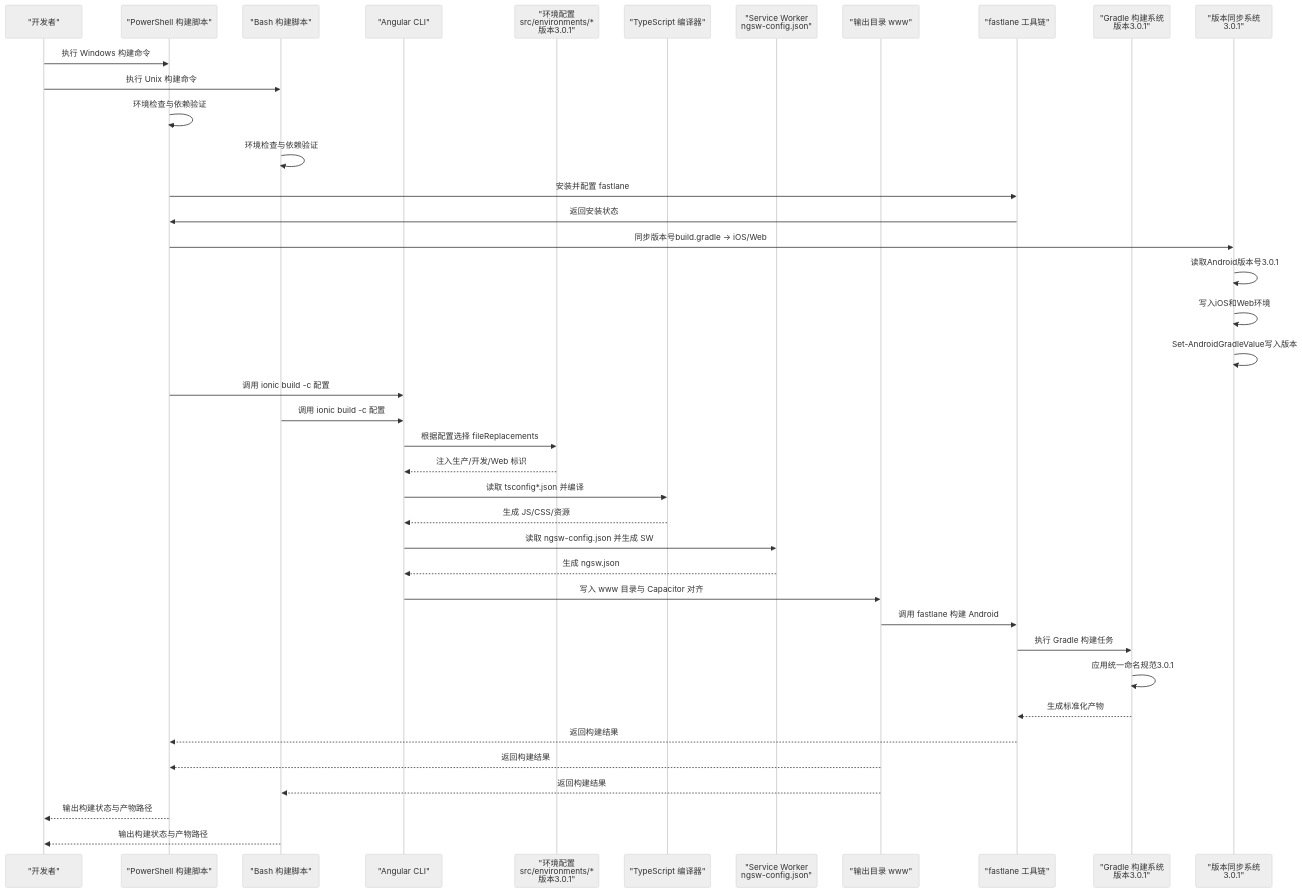
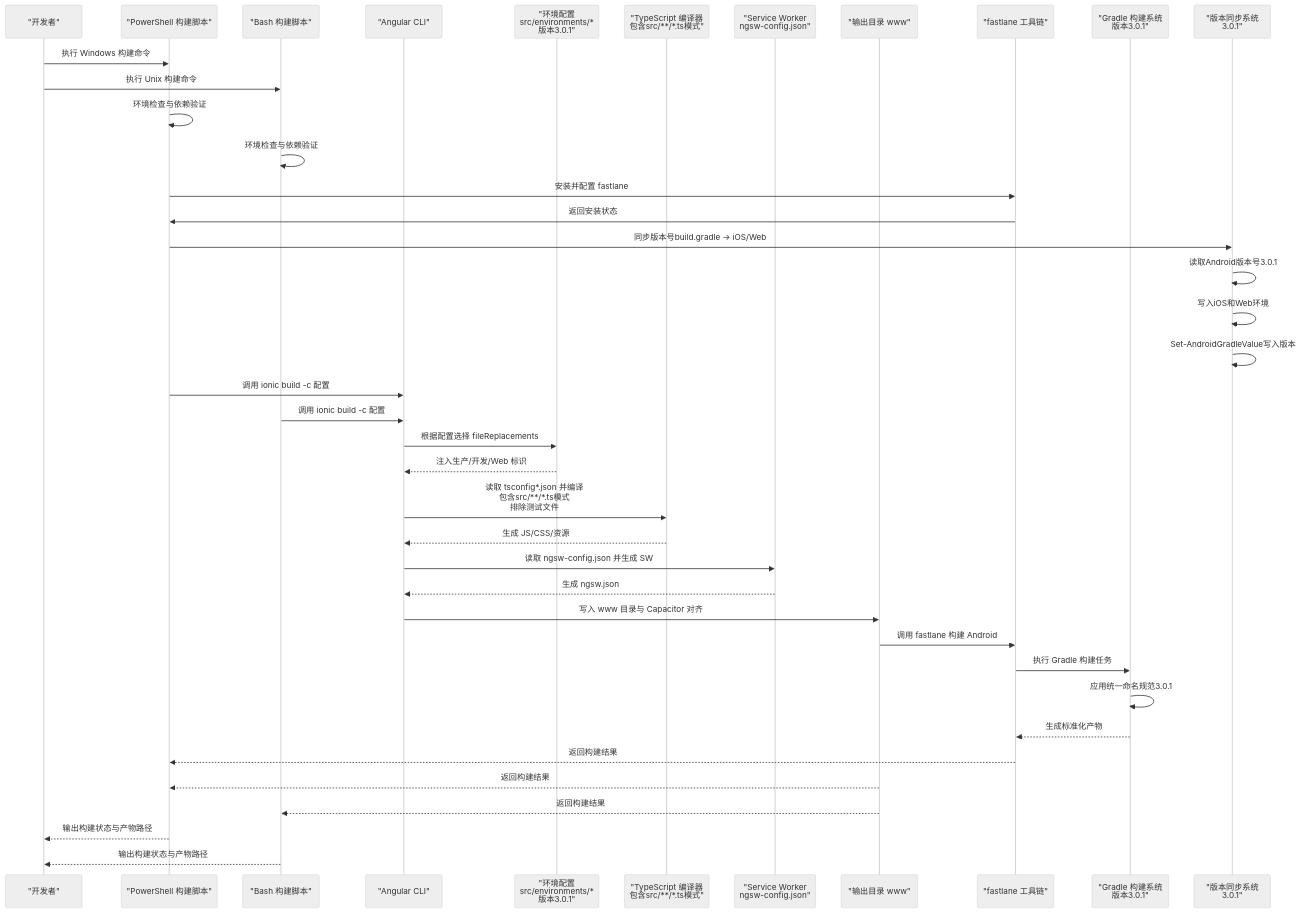
The second of 6 diagrams in .qoder/repowiki/zh/content/构建与部署/构建配置.md (tea4go/Macro-Deck-Client-App), drawn with Mermaid (neutral theme) before and after one commit. The commit also changed other lines of this file and 3 other files, not shown here.

````diff
--- a/.qoder/repowiki/zh/content/构建与部署/构建配置.md
+++ b/.qoder/repowiki/zh/content/构建与部署/构建配置.md
@@ -183,42 +197,42 @@
 ```mermaid
 sequenceDiagram
 participant Dev as "开发者"
 participant WinPS as "PowerShell 构建脚本"
 participant UnixSh as "Bash 构建脚本"
 participant CLI as "Angular CLI"
 participant Env as "环境配置<br/>src/environments/*<br/>版本3.0.1"
-participant TS as "TypeScript 编译器"
+participant TS as "TypeScript 编译器<br/>包含src/**/*.ts模式"
 participant SW as "Service Worker<br/>ngsw-config.json"
 participant Out as "输出目录 www"
 participant Fastlane as "fastlane 工具链"
 participant Gradle as "Gradle 构建系统<br/>版本3.0.1"
 participant VersionSync as "版本同步系统<br/>3.0.1"
 Dev->>WinPS : 执行 Windows 构建命令
 Dev->>UnixSh : 执行 Unix 构建命令
 WinPS->>WinPS : 环境检查与依赖验证
 UnixSh->>UnixSh : 环境检查与依赖验证
 WinPS->>Fastlane : 安装并配置 fastlane
 Fastlane->>WinPS : 返回安装状态
 WinPS->>VersionSync : 同步版本号build.gradle -> iOS/Web
 VersionSync->>VersionSync : 读取Android版本号3.0.1
 VersionSync->>VersionSync : 写入iOS和Web环境
 VersionSync->>VersionSync : Set-AndroidGradleValue写入版本
 WinPS->>CLI : 调用 ionic build -c 配置
 UnixSh->>CLI : 调用 ionic build -c 配置
 CLI->>Env : 根据配置选择 fileReplacements
 Env-->>CLI : 注入生产/开发/Web 标识
-CLI->>TS : 读取 tsconfig*.json 并编译
+CLI->>TS : 读取 tsconfig*.json 并编译<br/>包含src/**/*.ts模式<br/>排除测试文件
 TS-->>CLI : 生成 JS/CSS/资源
 CLI->>SW : 读取 ngsw-config.json 并生成 SW
 SW-->>CLI : 生成 ngsw.json
 CLI->>Out : 写入 www 目录与 Capacitor 对齐
 Out->>Fastlane : 调用 fastlane 构建 Android
 Fastlane->>Gradle : 执行 Gradle 构建任务
 Gradle->>Gradle : 应用统一命名规范3.0.1
 Gradle-->>Fastlane : 生成标准化产物
 Fastlane-->>WinPS : 返回构建结果
 Out-->>WinPS : 返回构建结果
 Out-->>UnixSh : 返回构建结果
 WinPS-->>Dev : 输出构建状态与产物路径
 UnixSh-->>Dev : 输出构建状态与产物路径
 ```
````
